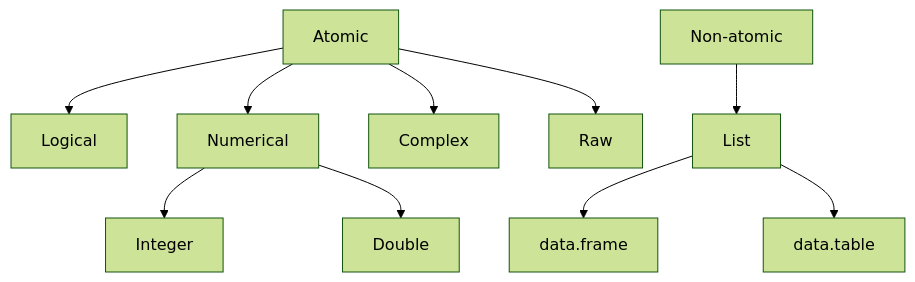
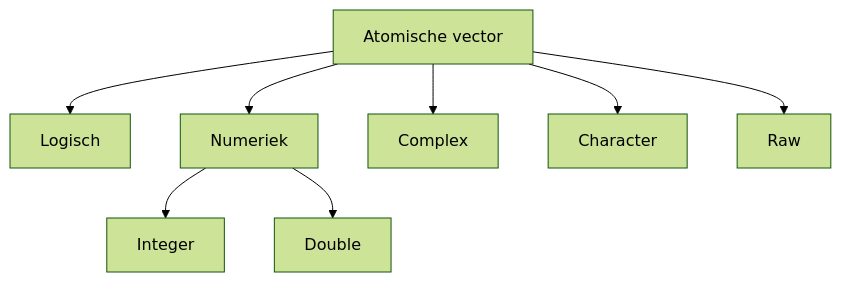
Before and after one commit to DataIMLabs/RShinyIntroduction: the second of 2 diagrams in mod1_datatypes.qmd, drawn with Mermaid (forest theme). The commit also changed other lines of this file and 13 other files, not shown here.

````diff
--- a/mod1_datatypes.qmd
+++ b/mod1_datatypes.qmd
@@ -41,14 +76,11 @@
 ```{mermaid}
  flowchart TD
-        B[Atomic] --> L[Logical]
-        B --> N[Numerical]
+        B[Atomische vector] --> L[Logisch]
+        B --> N[Numeriek]
         N --> I[Integer]
         N --> D[Double]
         B --> Z[Complex]
+        B --> C[Character]
         B --> R[Raw]
-        NA[Non-atomic]
-        NA -->  L2[List]
-        L2 --> DF[data.frame]
-        L2 --> DT[data.table]
-
+       
 ```
````
